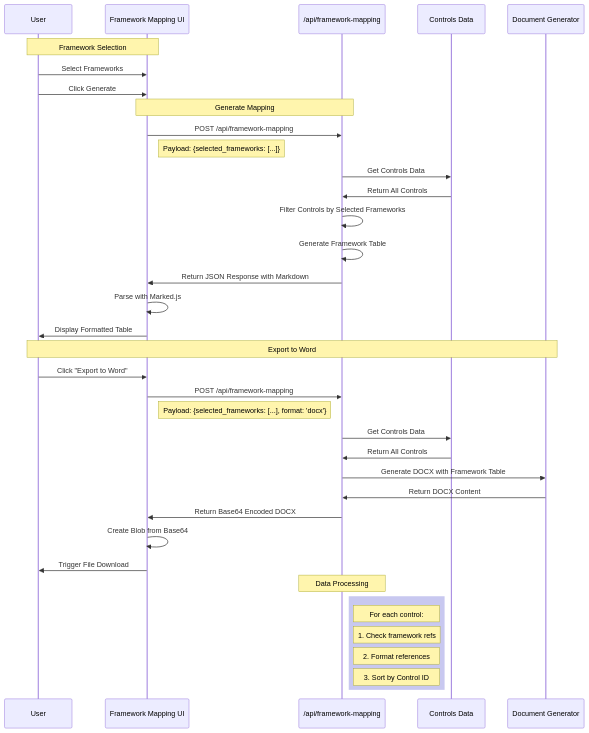
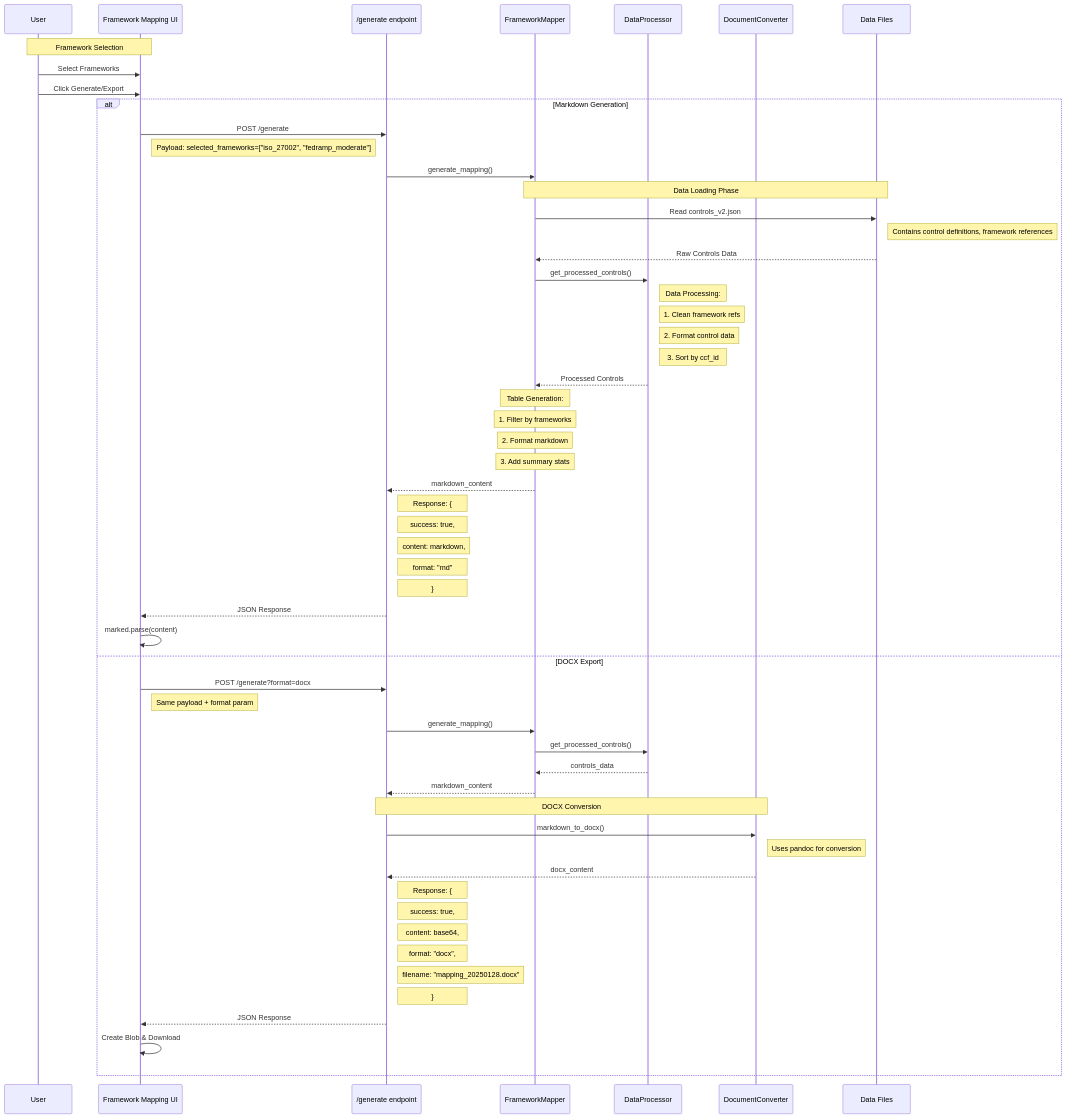
One commit to MarkAC007/adobe-ccf-document-generator changed the diagram in docs/PRD-template.md. Above: the diagram before and after it, drawn with Mermaid. The commit also changed 1 other file, not shown here.

Commit message:
feat: Enhance framework mapping with policy standard column and guidance data
- Add policy standard column to framework mapping markdown table
- Load control guidance data from JSON file
- Create guidance lookup by CCF ID
- Update markdown table generation to include document name
- Improve control mapping with additional context from guidance data

````diff
--- a/docs/PRD-template.md
+++ b/docs/PRD-template.md
@@ -192,43 +192,69 @@
 ```mermaid
 sequenceDiagram
-participant User
-participant UI as Framework Mapping UI
-participant API as /api/framework-mapping
-participant Controls as Controls Data
-participant DocGen as Document Generator
+    participant User
+    participant UI as Framework Mapping UI
+    participant API as /generate endpoint
+    participant Mapper as FrameworkMapper
+    participant Data as DataProcessor
+    participant DocGen as DocumentConverter
+    participant Files as Data Files
 
-Note over User,UI: Framework Selection
-User->>UI: Select Frameworks
-User->>UI: Click Generate
+    Note over User,UI: Framework Selection
+    User->>UI: Select Frameworks
+    User->>UI: Click Generate/Export
 
-Note over UI,API: Generate Mapping
-UI->>API: POST /api/framework-mapping
-Note right of UI: Payload: {selected_frameworks: [...]}
-API->>Controls: Get Controls Data
-Controls->>API: Return All Controls
-API->>API: Filter Controls by Selected Frameworks
-API->>API: Generate Framework Table
-API->>UI: Return JSON Response with Markdown
-UI->>UI: Parse with Marked.js
-UI->>User: Display Formatted Table
+    alt Markdown Generation
+        UI->>API: POST /generate
+        Note right of UI: Payload: selected_frameworks=["iso_27002", "fedramp_moderate"]
+        
+        API->>Mapper: generate_mapping()
+        
+        Note over Mapper,Files: Data Loading Phase
+        Mapper->>Files: Read controls_v2.json
+        Note right of Files: Contains control definitions, framework references
+        Files-->>Mapper: Raw Controls Data
+        
+        Mapper->>Data: get_processed_controls()
+        Note right of Data: Data Processing:
+        Note right of Data: 1. Clean framework refs
+        Note right of Data: 2. Format control data
+        Note right of Data: 3. Sort by ccf_id
+        Data-->>Mapper: Processed Controls
+        
+        Note over Mapper: Table Generation:
+        Note over Mapper: 1. Filter by frameworks
+        Note over Mapper: 2. Format markdown
+        Note over Mapper: 3. Add summary stats
+        
+        Mapper-->>API: markdown_content
+        Note right of API: Response: {
+        Note right of API: success: true,
+        Note right of API: content: markdown,
+        Note right of API: format: "md"
+        Note right of API: }
+        API-->>UI: JSON Response
+        UI->>UI: marked.parse(content)
 
-Note over User,DocGen: Export to Word
-User->>UI: Click "Export to Word"
-UI->>API: POST /api/framework-mapping
-Note right of UI: Payload: {selected_frameworks: [...], format: 'docx'}
-API->>Controls: Get Controls Data
-Controls->>API: Return All Controls
-API->>DocGen: Generate DOCX with Framework Table
-DocGen->>API: Return DOCX Content
-API->>UI: Return Base64 Encoded DOCX
-UI->>UI: Create Blob from Base64
-UI->>User: Trigger File Download
-
-Note over API: Data Processing
-rect rgb(200, 200, 240)
-Note right of API: For each control:
-Note right of API: 1. Check framework refs
-Note right of API: 2. Format references
-Note right of API: 3. Sort by Control ID
-end
+    else DOCX Export
+        UI->>API: POST /generate?format=docx
+        Note right of UI: Same payload + format param
+        API->>Mapper: generate_mapping()
+        Mapper->>Data: get_processed_controls()
+        Data-->>Mapper: controls_data
+        Mapper-->>API: markdown_content
+        
+        Note over API,DocGen: DOCX Conversion
+        API->>DocGen: markdown_to_docx()
+        Note right of DocGen: Uses pandoc for conversion
+        DocGen-->>API: docx_content
+        
+        Note right of API: Response: {
+        Note right of API: success: true,
+        Note right of API: content: base64,
+        Note right of API: format: "docx",
+        Note right of API: filename: "mapping_20250128.docx"
+        Note right of API: }
+        API-->>UI: JSON Response
+        UI->>UI: Create Blob & Download
+    end
 ```
````
